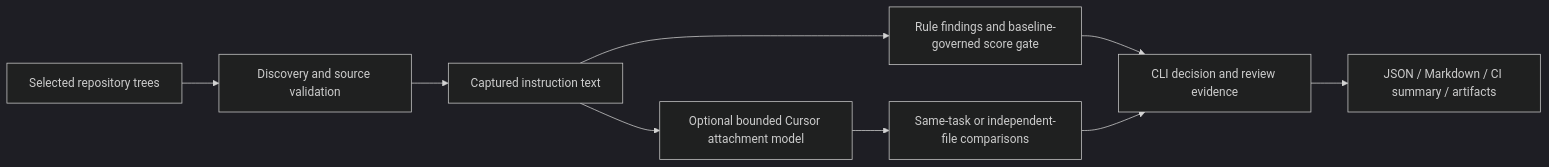
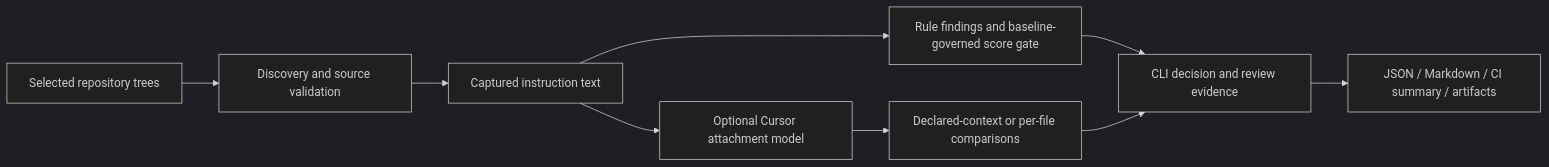
The diagram in docs/architecture.md (LE0-Lin/AgentConfigScore), drawn with Mermaid (dark theme) before and after one commit. The commit also changed other lines of this file and 13 other files, not shown here.

````diff
--- a/docs/architecture.md
+++ b/docs/architecture.md
@@ -8,11 +6,11 @@
 ```mermaid
 flowchart LR
   A[Selected repository trees] --> B[Discovery and source validation]
   B --> C[Captured instruction text]
   C --> D[Rule findings and baseline-governed score gate]
-  C --> E[Optional bounded Cursor attachment model]
-  E --> F[Same-task or independent-file comparisons]
+  C --> E[Optional Cursor attachment model]
+  E --> F[Declared-context or per-file comparisons]
   D --> G[CLI decision and review evidence]
   F --> G
   G --> H[JSON / Markdown / CI summary / artifacts]
 ```
````
